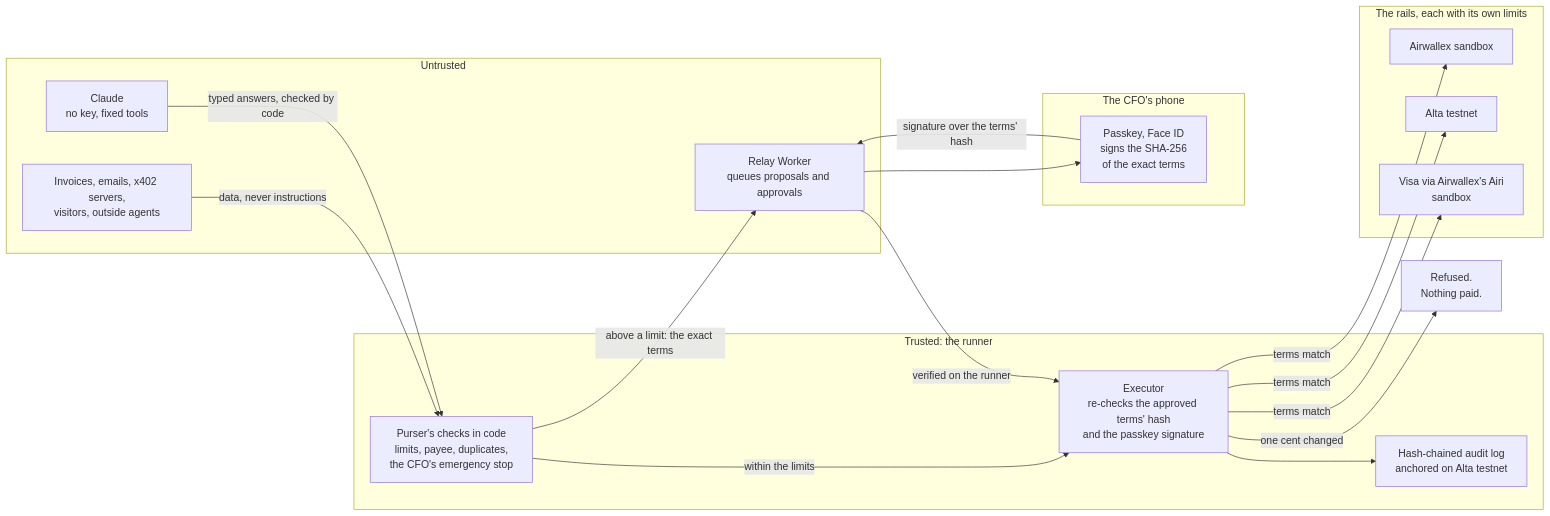
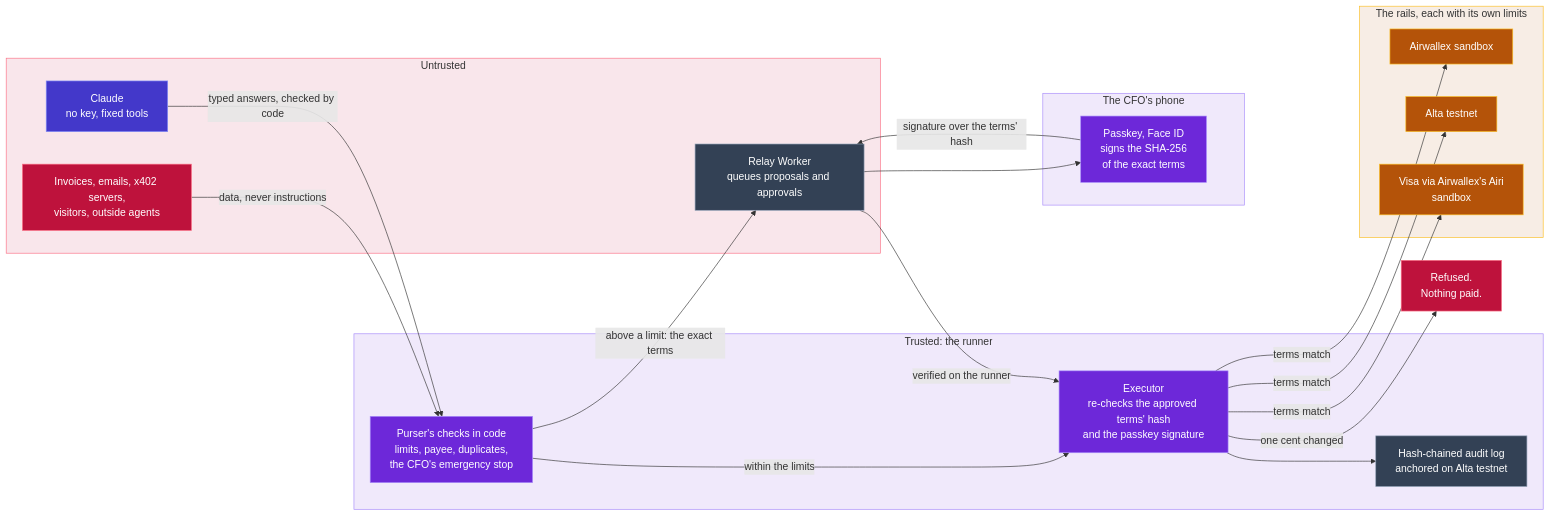
Before and after one commit to agamemnon-coder/x402-business-agents: the second of 2 diagrams in SECURITY.md, drawn with Mermaid. The commit also changed other lines of this file and 8 other files, not shown here.

First line of the commit message:
README and SECURITY.md in colour: badges by meaning, palette Mermaid, the money path animated

````diff
--- a/SECURITY.md
+++ b/SECURITY.md
@@ -100,31 +123,41 @@
 ```mermaid
 flowchart LR
   subgraph U["Untrusted"]
-    IN["Invoices, emails, x402 servers,<br/>visitors, outside agents"]
-    CL["Claude<br/>no key, fixed tools"]
-    W["Relay Worker<br/>queues proposals and approvals"]
+    IN["Invoices, emails, x402 servers,<br/>visitors, outside agents"]:::refused
+    CL["Claude<br/>no key, fixed tools"]:::agent
+    W["Relay Worker<br/>queues proposals and approvals"]:::proof
   end
   subgraph T["Trusted: the runner"]
-    CK["Purser's checks in code<br/>limits, payee, duplicates,<br/>the CFO's emergency stop"]
-    EX["Executor<br/>re-checks the approved terms' hash<br/>and the passkey signature"]
-    LOG["Hash-chained audit log<br/>anchored on Alta testnet"]
+    CK["Purser's checks in code<br/>limits, payee, duplicates,<br/>the CFO's emergency stop"]:::purser
+    EX["Executor<br/>re-checks the approved terms' hash<br/>and the passkey signature"]:::purser
+    LOG["Hash-chained audit log<br/>anchored on Alta testnet"]:::proof
   end
   subgraph P["The CFO's phone"]
-    PK["Passkey, Face ID<br/>signs the SHA-256<br/>of the exact terms"]
+    PK["Passkey, Face ID<br/>signs the SHA-256<br/>of the exact terms"]:::purser
   end
   subgraph Q["The rails, each with its own limits"]
-    AW["Airwallex sandbox"]
-    AL["Alta testnet"]
-    VI["Visa via Airwallex's Airi<br/>sandbox"]
+    AW["Airwallex sandbox"]:::testmoney
+    AL["Alta testnet"]:::testmoney
+    VI["Visa via Airwallex's Airi<br/>sandbox"]:::testmoney
   end
   IN -- "data, never instructions" --> CK
   CL -- "typed answers, checked by code" --> CK
   CK -- "within the limits" --> EX
   CK -- "above a limit: the exact terms" --> W
   W --> PK
   PK -- "signature over the terms' hash" --> W
   W -- "verified on the runner" --> EX
-  EX -- "one cent changed" --> X["Refused.<br/>Nothing paid."]
+  EX -- "one cent changed" --> X["Refused.<br/>Nothing paid."]:::refused
   EX -- "terms match" --> AW & AL & VI
   EX --> LOG
+  classDef purser fill:#6d28d9,stroke:#a78bfa,color:#fff
+  classDef agent fill:#4338ca,stroke:#818cf8,color:#fff
+  classDef paid fill:#047857,stroke:#34d399,color:#fff
+  classDef refused fill:#be123c,stroke:#fb7185,color:#fff
+  classDef testmoney fill:#b45309,stroke:#fbbf24,color:#fff
+  classDef proof fill:#334155,stroke:#94a3b8,color:#fff
+  style U fill:#be123c1a,stroke:#fb7185
+  style T fill:#6d28d91a,stroke:#a78bfa
+  style P fill:#6d28d91a,stroke:#a78bfa
+  style Q fill:#b453091a,stroke:#fbbf24
 ```
````
